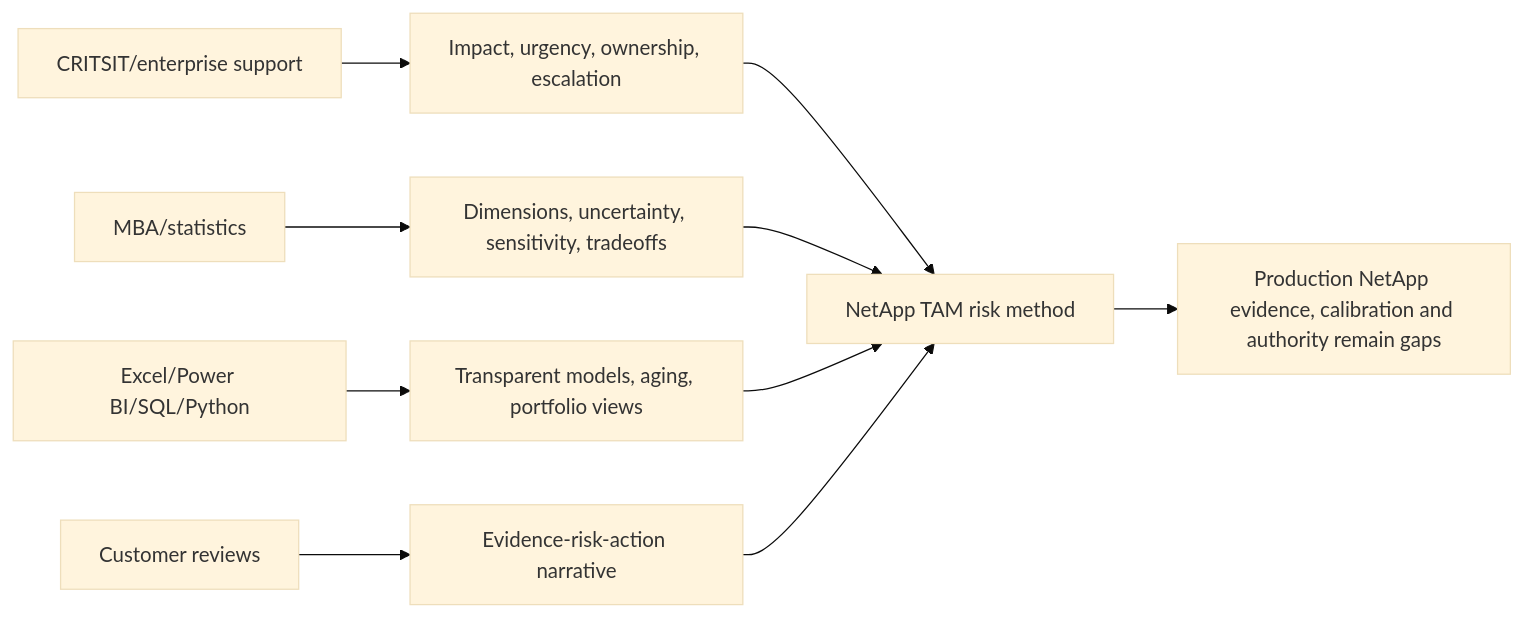
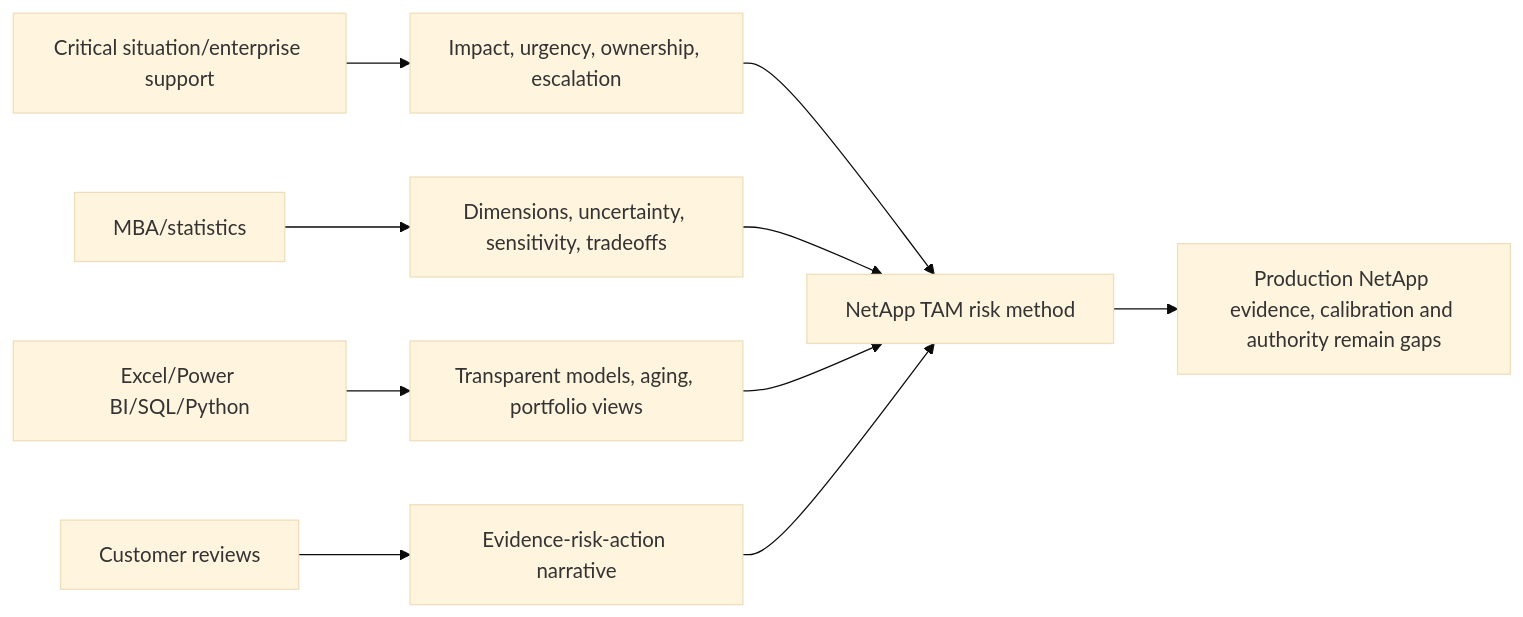
One commit to hichauhan-in/Interview-Prep changed diagram 31 of 32 in NetApp TAM/prep/Part-57-risk-scoring-prioritization.md. Above: the diagram before and after it, drawn with Mermaid (base theme). The commit also changed other lines of this file and 493 other files, not shown here.

````diff
--- a/NetApp TAM/prep/Part-57-risk-scoring-prioritization.md
+++ b/NetApp TAM/prep/Part-57-risk-scoring-prioritization.md
@@ -1046,12 +1046,12 @@
 ```mermaid
 flowchart LR
-    CRIT[CRITSIT/enterprise support] --> IMP[Impact, urgency, ownership, escalation]
+    CRIT[Critical situation/enterprise support] --> IMP[Impact, urgency, ownership, escalation]
     MBA[MBA/statistics] --> DEC[Dimensions, uncertainty, sensitivity, tradeoffs]
     BI[Excel/Power BI/SQL/Python] --> MODEL[Transparent models, aging, portfolio views]
     CUST[Customer reviews] --> STORY[Evidence-risk-action narrative]
     IMP --> METHOD[NetApp TAM risk method]
     DEC --> METHOD
     MODEL --> METHOD
     STORY --> METHOD
     METHOD --> GAP[Production NetApp evidence, calibration and authority remain gaps]
 ```
````
